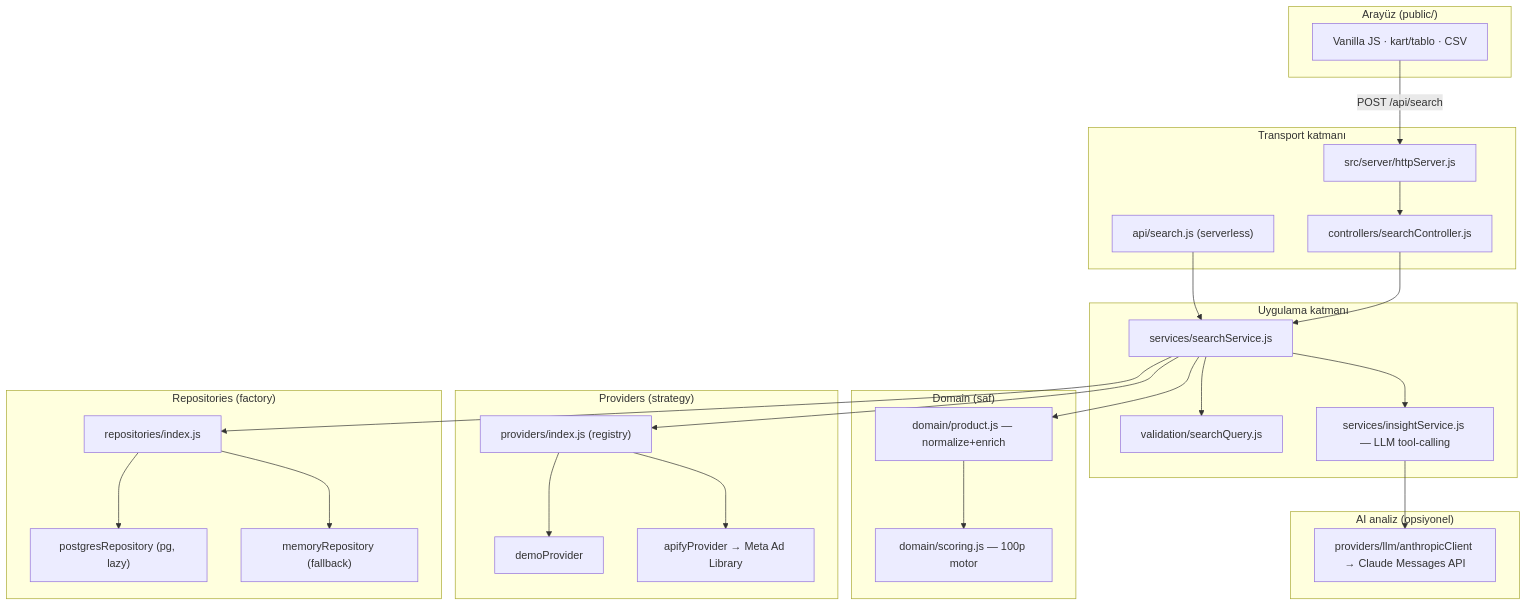
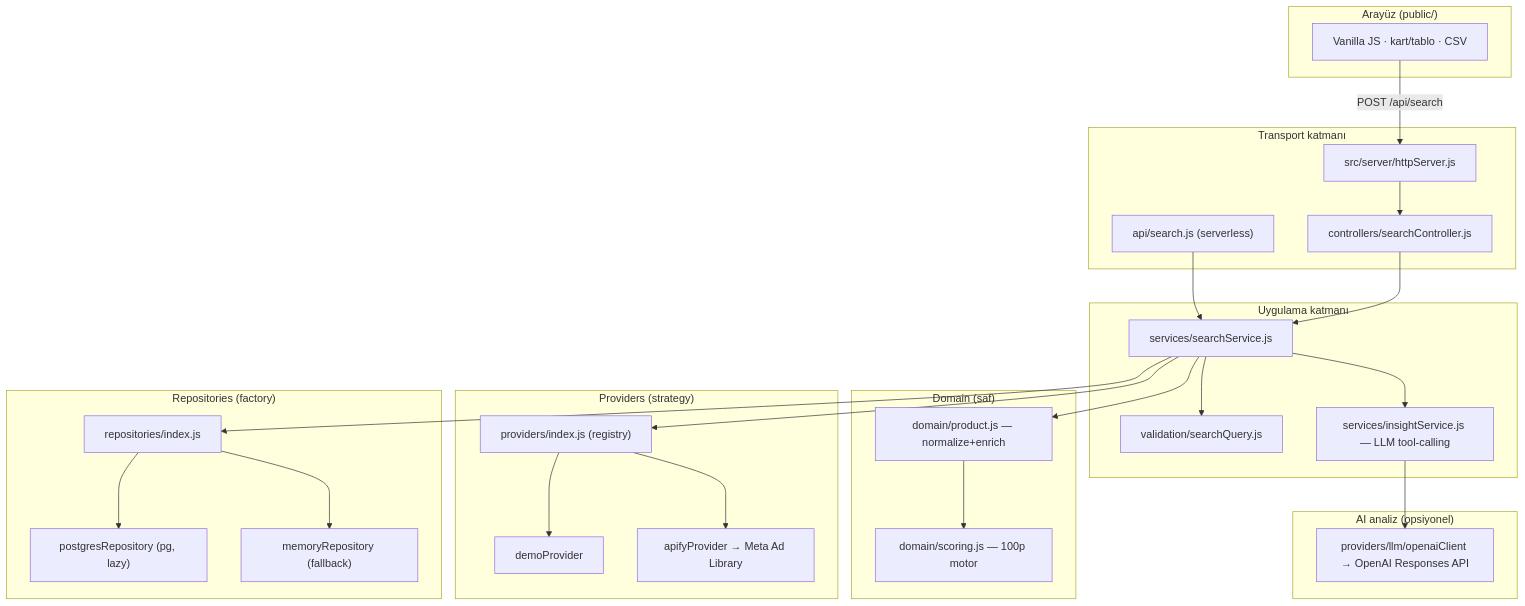
Before and after one commit to OzlemKlc/winning-product-finder: the first of 3 diagrams in ARCHITECTURE.md, drawn with Mermaid. The commit also changed other lines of this file and 8 other files, not shown here.

Commit message:
refactor: replace Anthropic integration with OpenAI

````diff
--- a/ARCHITECTURE.md
+++ b/ARCHITECTURE.md
@@ -36,48 +36,48 @@
 ```mermaid
 flowchart TD
     subgraph Client["Arayüz (public/)"]
       UI["Vanilla JS · kart/tablo · CSV"]
     end
 
     subgraph Transport["Transport katmanı"]
       HTTP["src/server/httpServer.js"]
       VERCEL["api/search.js (serverless)"]
       CTRL["controllers/searchController.js"]
     end
 
     subgraph App["Uygulama katmanı"]
       VAL["validation/searchQuery.js"]
       SVC["services/searchService.js"]
       INS["services/insightService.js — LLM tool-calling"]
     end
 
     subgraph Domain["Domain (saf)"]
       SCORE["domain/scoring.js — 100p motor"]
       PROD["domain/product.js — normalize+enrich"]
     end
 
     subgraph Providers["Providers (strategy)"]
       REG["providers/index.js (registry)"]
       DEMO["demoProvider"]
       APIFY["apifyProvider → Meta Ad Library"]
     end
 
     subgraph LLM["AI analiz (opsiyonel)"]
-      ANTH["providers/llm/anthropicClient → Claude Messages API"]
+      OPENAI["providers/llm/openaiClient → OpenAI Responses API"]
     end
 
     subgraph Persistence["Repositories (factory)"]
       REPO["repositories/index.js"]
       PG["postgresRepository (pg, lazy)"]
       MEM["memoryRepository (fallback)"]
     end
 
     UI -->|POST /api/search| HTTP --> CTRL
     VERCEL --> SVC
     CTRL --> SVC
     SVC --> VAL
     SVC --> REG --> DEMO & APIFY
     SVC --> PROD --> SCORE
-    SVC --> INS --> ANTH
+    SVC --> INS --> OPENAI
     SVC --> REPO --> PG & MEM
 ```
````
